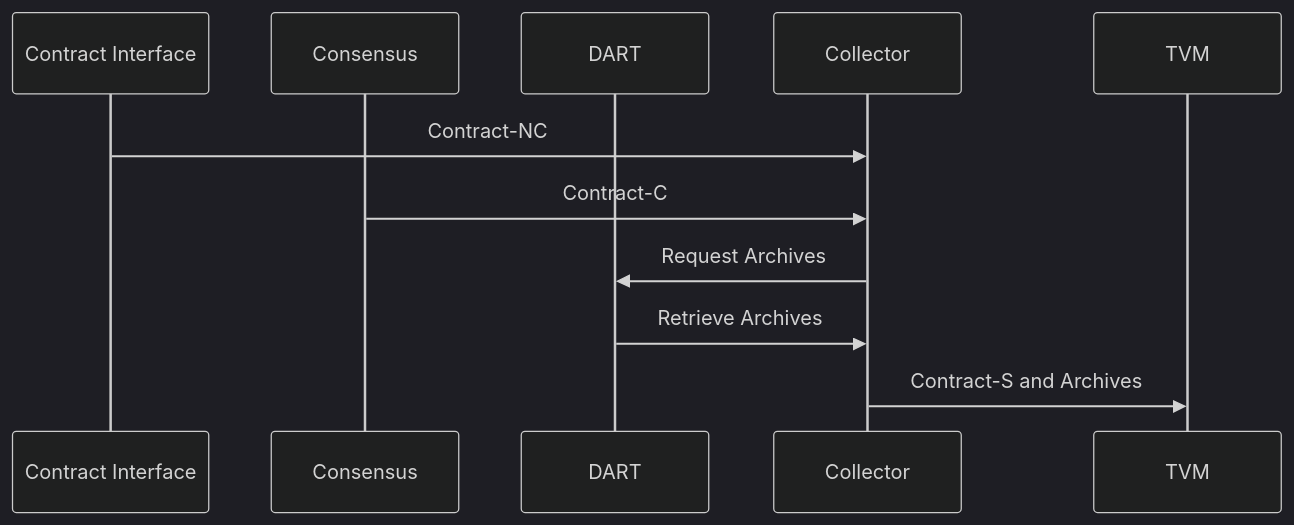
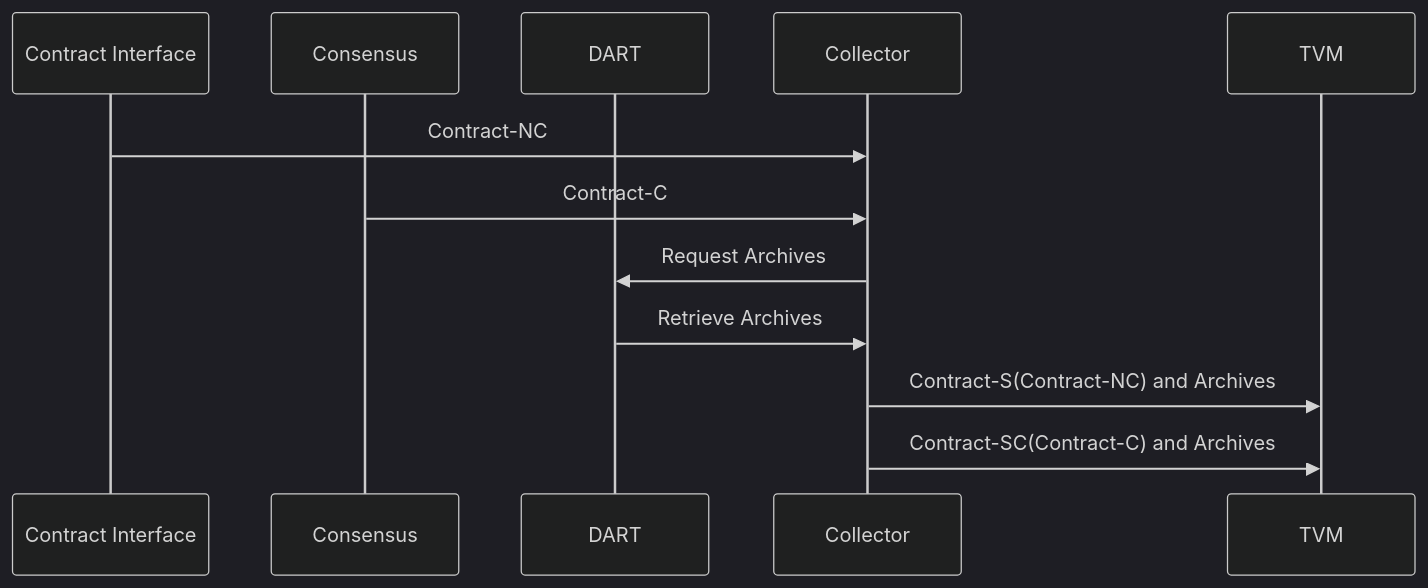
The diagram in documents/architecture/Collector.md (tagion/tagion), drawn with Mermaid (dark theme) before and after one commit. The commit also changed other lines of this file and 1 other file, not shown here.

Commit message:
Collector update

````diff
--- a/documents/architecture/Collector.md
+++ b/documents/architecture/Collector.md
@@ -24,14 +26,15 @@
 ```mermaid
 sequenceDiagram
     participant Contract Interface
     participant Consensus
     participant DART 
     participant Collector
     participant TVM 
     Contract Interface->>Collector: Contract-NC 
     Consensus->>Collector: Contract-C
     Collector->>DART: Request Archives
     DART->>Collector: Retrieve Archives
-    Collector->>TVM: Contract-S and Archives
+    Collector->>TVM: Contract-S(Contract-NC) and Archives
+    Collector->>TVM: Contract-SC(Contract-C) and Archives
 
 ```
````
